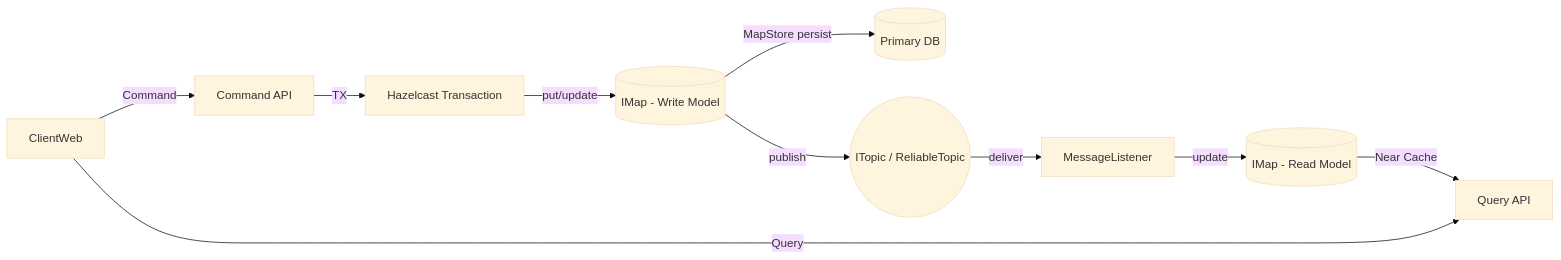
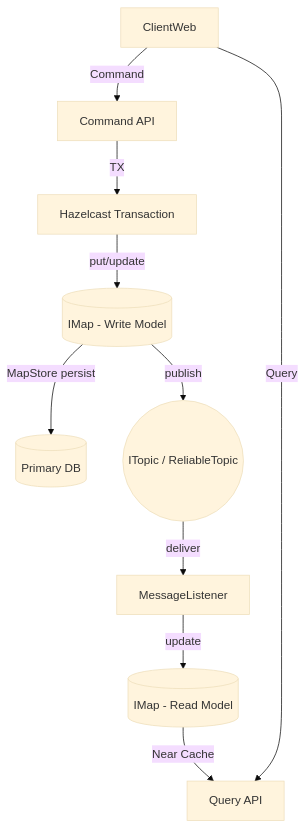
Before and after one commit to tinajeong/tinawiki: the second of 2 diagrams in posts/cqrs-1.md, drawn with Mermaid (base theme). The commit also changed other lines of this file, not shown here.

````diff
--- a/posts/cqrs-1.md
+++ b/posts/cqrs-1.md
@@ -76,13 +87,13 @@
 ```mermaid
-flowchart LR
+flowchart  TD
     ClientWeb -->|Command| CommandAPI[Command API]
     CommandAPI -->|TX| TX[Hazelcast Transaction]
     TX -->|put/update| WriteMap[(IMap - Write Model)]
     WriteMap -->|MapStore persist| PrimaryDB[(Primary DB)]
     WriteMap -->|publish| Topic((ITopic / ReliableTopic))
 
     Topic -->|deliver| Listener[MessageListener]
     Listener -->|update| ReadMap[(IMap - Read Model)]
     ReadMap -->|Near Cache| QueryAPI[Query API]
     ClientWeb -->|Query| QueryAPI
 ```
````
